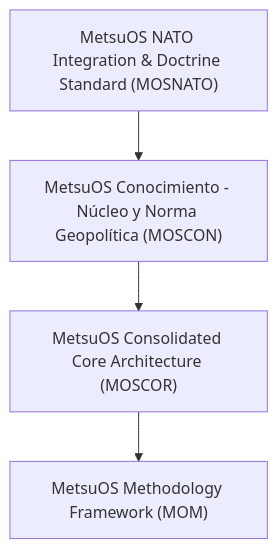
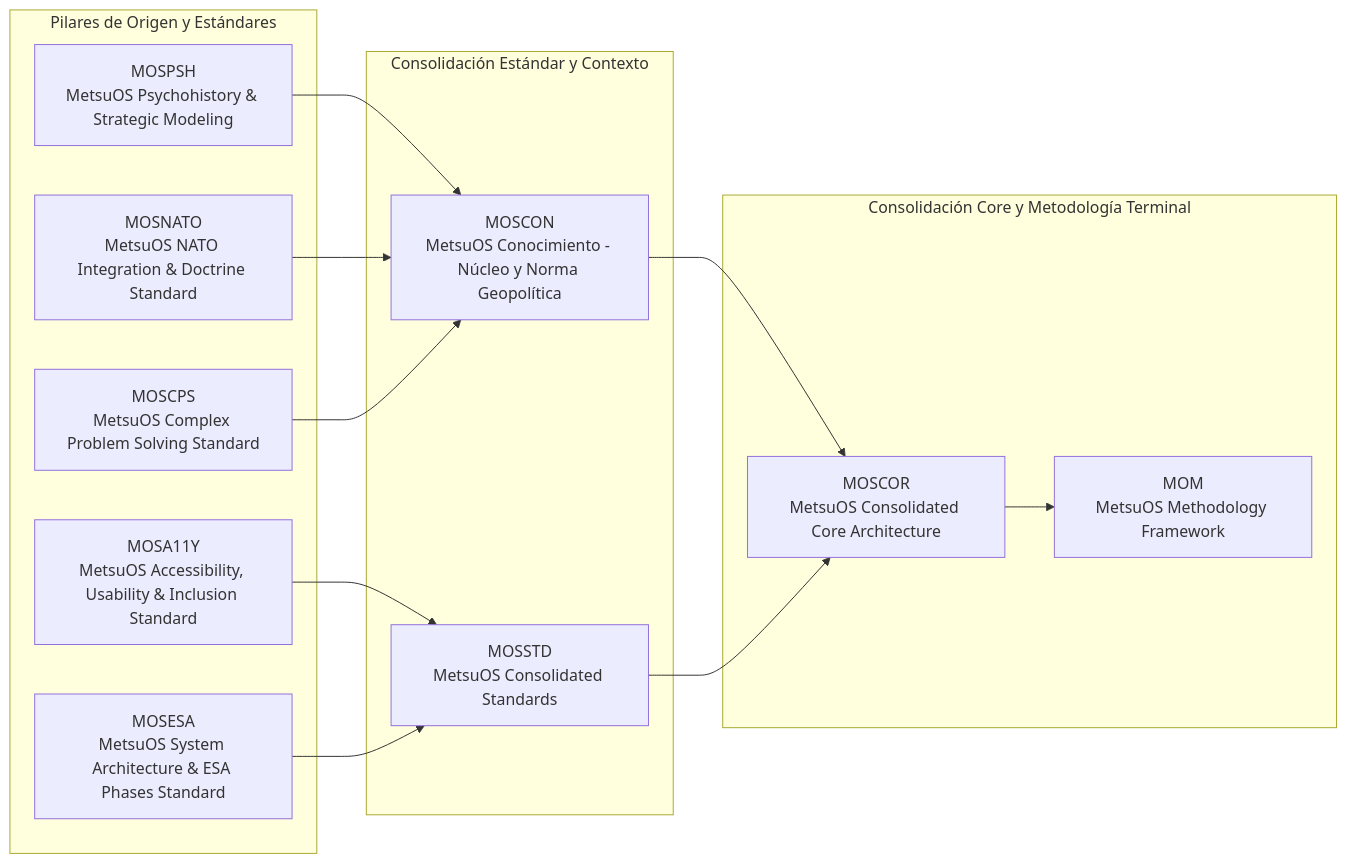
One commit to metsuke/mom changed the diagram in README.md. Above: the diagram before and after it, drawn with Mermaid. The commit also changed 203 other files, not shown here.

Commit message:
feat(compiler): v0.5.2.33 - Add project-local heritage graphs and breadcrumbs to web export

````diff
--- a/README.md
+++ b/README.md
@@ -88,10 +88,29 @@
 ```mermaid
-graph TD
-    MOM["MetsuOS Methodology Framework (MOM)"]
-    MOSCON["MetsuOS Conocimiento - Núcleo y Norma Geopolítica (MOSCON)"]
-    MOSCOR["MetsuOS Consolidated Core Architecture (MOSCOR)"]
-    MOSNATO["MetsuOS NATO Integration & Doctrine Standard (MOSNATO)"]
+graph LR
+    subgraph Capa_Origen [Pilares de Origen y Estándares]
+        MOSA11Y["MOSA11Y<br/>MetsuOS Accessibility, Usability & Inclusion Standard"]
+        MOSCPS["MOSCPS<br/>MetsuOS Complex Problem Solving Standard"]
+        MOSESA["MOSESA<br/>MetsuOS System Architecture & ESA Phases Standard"]
+        MOSNATO["MOSNATO<br/>MetsuOS NATO Integration & Doctrine Standard"]
+        MOSPSH["MOSPSH<br/>MetsuOS Psychohistory & Strategic Modeling"]
+    end
+
+    subgraph Capa_Intermedia [Consolidación Estándar y Contexto]
+        MOSCON["MOSCON<br/>MetsuOS Conocimiento - Núcleo y Norma Geopolítica"]
+        MOSSTD["MOSSTD<br/>MetsuOS Consolidated Standards"]
+    end
+
+    subgraph Capa_Core [Consolidación Core y Metodología Terminal]
+        MOSCOR["MOSCOR<br/>MetsuOS Consolidated Core Architecture"]
+        MOM["MOM<br/>MetsuOS Methodology Framework"]
+    end
+
     MOSCOR --> MOM
+    MOSPSH --> MOSCON
     MOSNATO --> MOSCON
+    MOSCPS --> MOSCON
     MOSCON --> MOSCOR
+    MOSSTD --> MOSCOR
+    MOSA11Y --> MOSSTD
+    MOSESA --> MOSSTD
 ```
````
